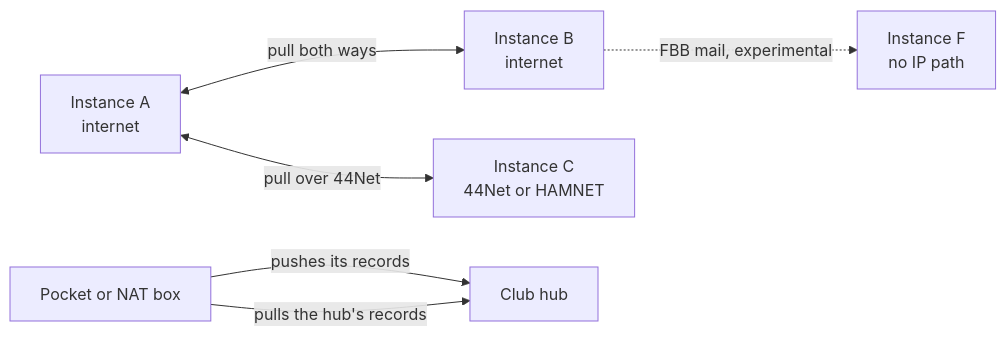
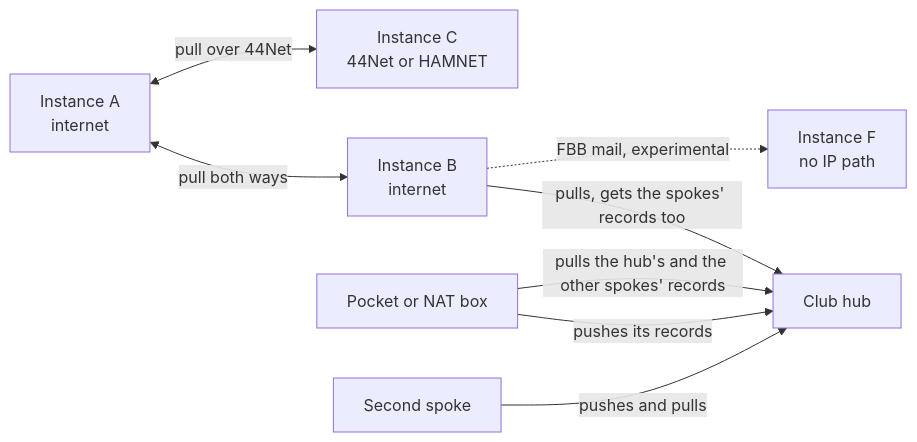
The first of 2 diagrams in docs/run/federation/how-it-works.md (apachler/aprscaching), drawn with Mermaid before and after one commit. The commit also changed other lines of this file and 29 other files, not shown here.

````diff
--- a/docs/run/federation/how-it-works.md
+++ b/docs/run/federation/how-it-works.md
@@ -66,14 +67,17 @@
 ```mermaid
 flowchart LR
   A["Instance A<br/>internet"]
   B["Instance B<br/>internet"]
   C["Instance C<br/>44Net or HAMNET"]
   H["Club hub"]
   P["Pocket or NAT box"]
+  Q["Second spoke"]
   F["Instance F<br/>no IP path"]
   A <-->|pull both ways| B
   A <-->|pull over 44Net| C
+  B -->|pulls, gets the spokes' records too| H
   P -->|pushes its records| H
-  P -->|pulls the hub's records| H
+  P -->|pulls the hub's and the other spokes' records| H
+  Q -->|pushes and pulls| H
   B -.->|FBB mail, experimental| F
 ```
````
